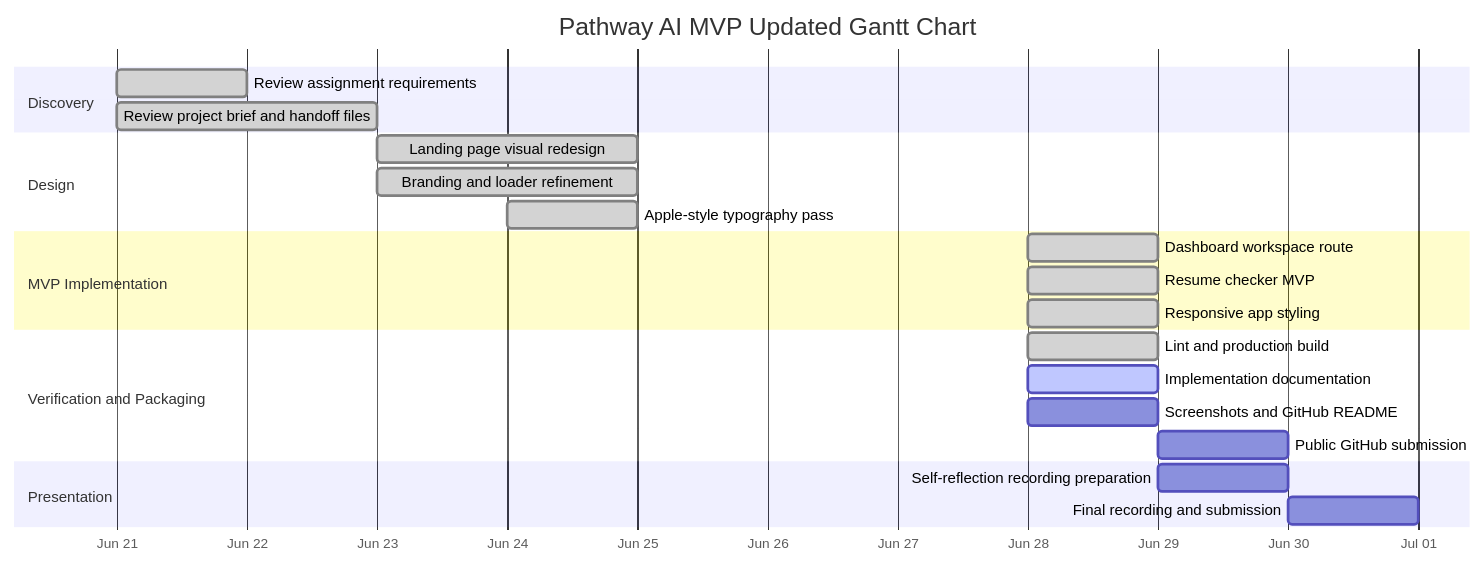
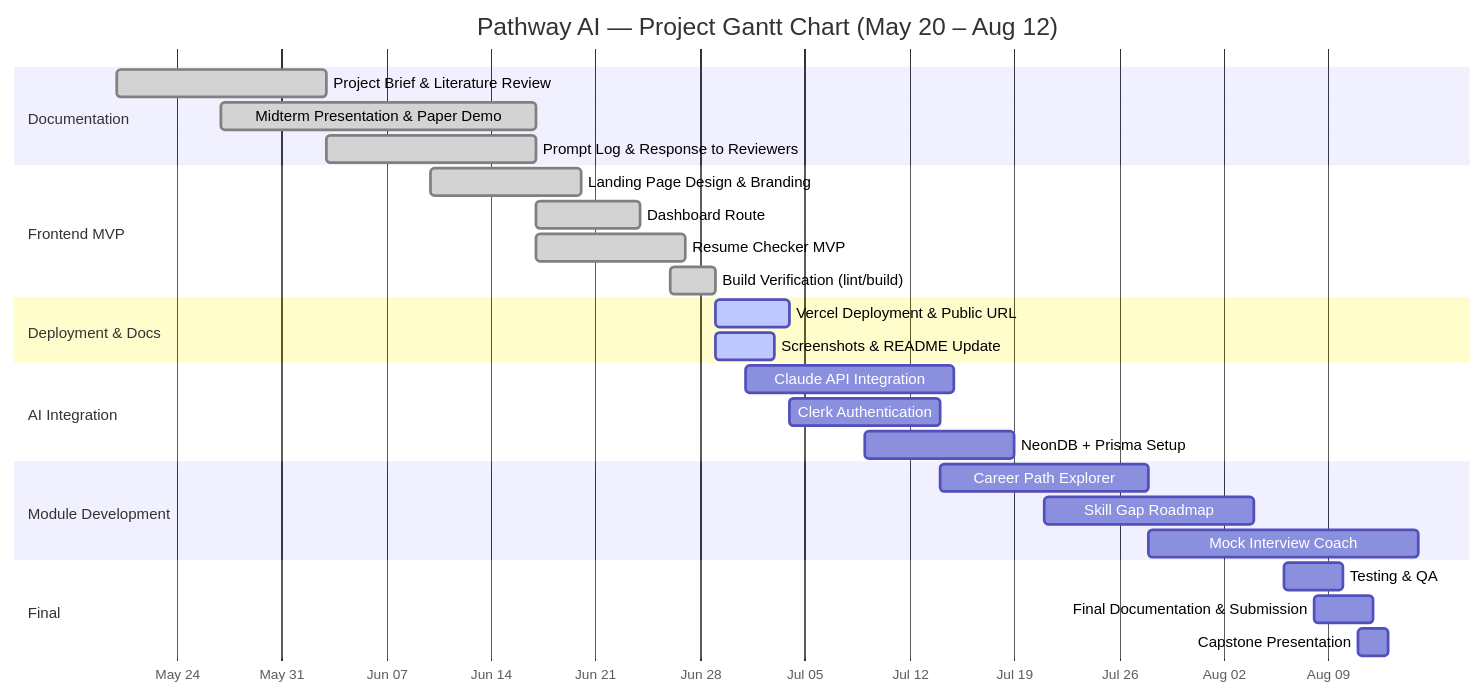
Before and after one commit to Dave-ASC1/pathway-ai: the first of 3 diagrams in docs/PROJECT_MANAGEMENT.md, drawn with Mermaid. The commit also changed other lines of this file and 4 other files, not shown here.

Commit message:
Add project documentation and update handoff notes

````diff
--- a/docs/PROJECT_MANAGEMENT.md
+++ b/docs/PROJECT_MANAGEMENT.md
@@ -5,30 +7,36 @@
 ```mermaid
 gantt
-    title Pathway AI MVP Updated Gantt Chart
+    title Pathway AI — Project Gantt Chart (May 20 – Aug 12)
     dateFormat  YYYY-MM-DD
     axisFormat  %b %d
 
-    section Discovery
-    Review assignment requirements           :done, a1, 2026-06-21, 1d
-    Review project brief and handoff files   :done, a2, 2026-06-21, 2d
+    section Documentation
+    Project Brief & Literature Review     :done, a1, 2026-05-20, 14d
+    Midterm Presentation & Paper Demo     :done, a2, 2026-05-27, 21d
+    Prompt Log & Response to Reviewers    :done, a3, 2026-06-03, 14d
 
-    section Design
-    Landing page visual redesign             :done, b1, 2026-06-23, 2d
-    Branding and loader refinement           :done, b2, 2026-06-23, 2d
-    Apple-style typography pass              :done, b3, 2026-06-24, 1d
+    section Frontend MVP
+    Landing Page Design & Branding        :done, b1, 2026-06-10, 10d
+    Dashboard Route                       :done, b2, 2026-06-17, 7d
+    Resume Checker MVP                    :done, b3, 2026-06-17, 10d
+    Build Verification (lint/build)       :done, b4, 2026-06-26, 3d
 
-    section MVP Implementation
-    Dashboard workspace route                :done, c1, 2026-06-28, 1d
-    Resume checker MVP                       :done, c2, 2026-06-28, 1d
-    Responsive app styling                   :done, c3, 2026-06-28, 1d
+    section Deployment & Docs
+    Vercel Deployment & Public URL        :active, c1, 2026-06-29, 5d
+    Screenshots & README Update           :active, c2, 2026-06-29, 4d
 
-    section Verification and Packaging
-    Lint and production build                :done, d1, 2026-06-28, 1d
-    Implementation documentation             :active, d2, 2026-06-28, 1d
-    Screenshots and GitHub README            :d3, 2026-06-28, 1d
-    Public GitHub submission                 :d4, 2026-06-29, 1d
+    section AI Integration
+    Claude API Integration                :c3, 2026-07-01, 14d
+    Clerk Authentication                  :c4, 2026-07-04, 10d
+    NeonDB + Prisma Setup                 :c5, 2026-07-09, 10d
 
-    section Presentation
-    Self-reflection recording preparation    :e1, 2026-06-29, 1d
-    Final recording and submission           :e2, 2026-06-30, 1d
+    section Module Development
+    Career Path Explorer                  :d1, 2026-07-14, 14d
+    Skill Gap Roadmap                     :d2, 2026-07-21, 14d
+    Mock Interview Coach                  :d3, 2026-07-28, 18d
+
+    section Final
+    Testing & QA                          :e1, 2026-08-06, 4d
+    Final Documentation & Submission      :e2, 2026-08-08, 4d
+    Capstone Presentation                 :e3, 2026-08-11, 2d
 ```
````
